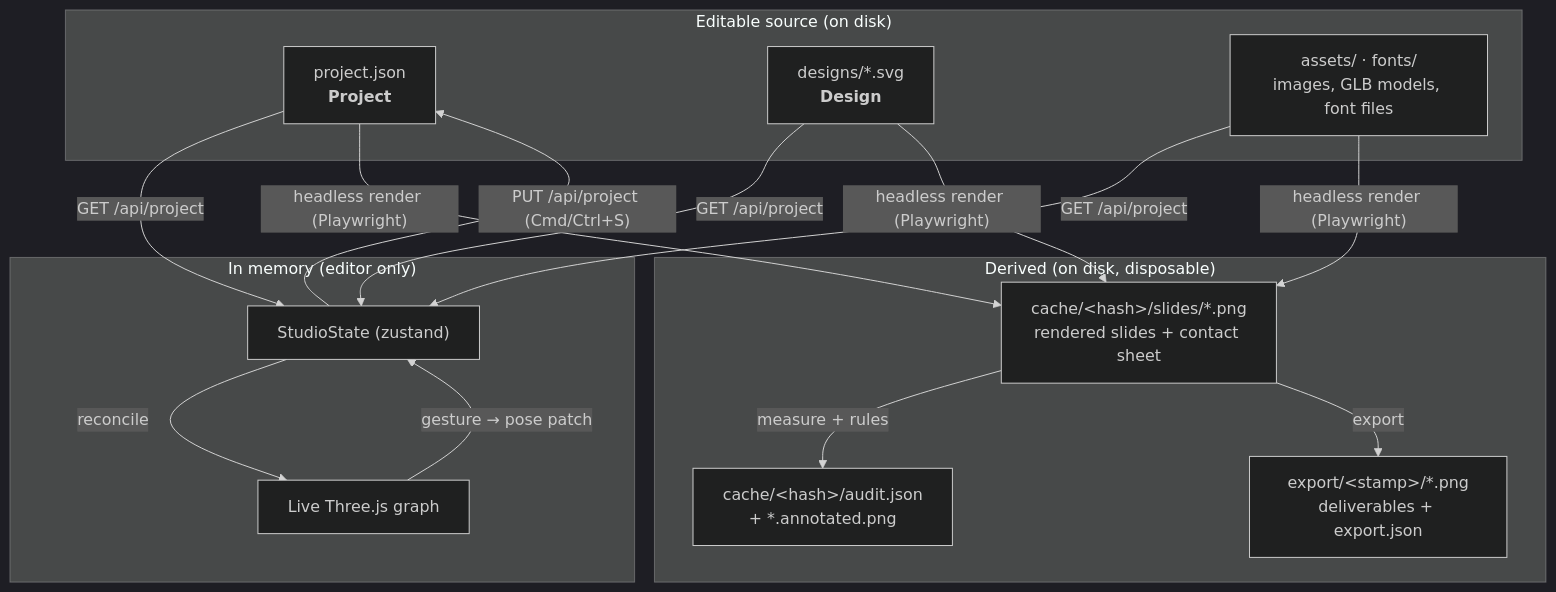
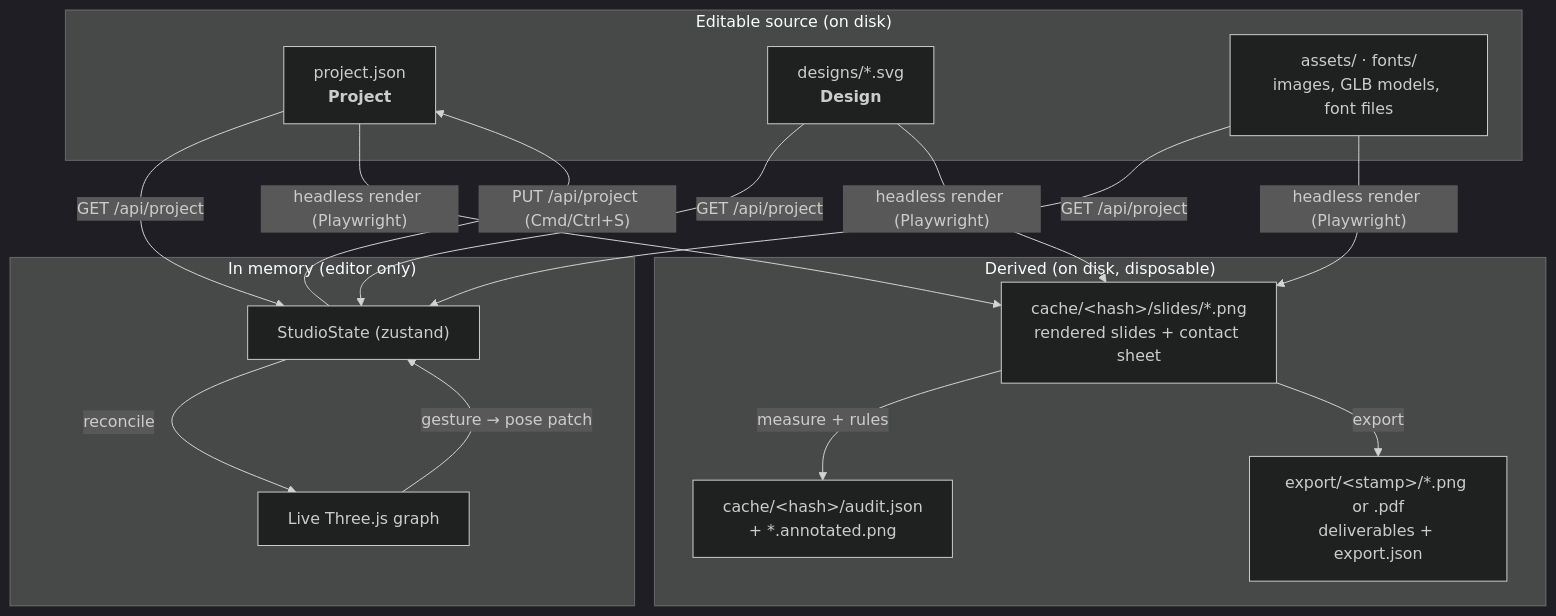
The first of 2 diagrams in docs/data-models.md (AvikArefin/xds), drawn with Mermaid (dark theme) before and after one commit. The commit also changed other lines of this file and 20 other files, not shown here.

First line of the commit message:
Export: the deck as one PDF, a page per slide

````diff
--- a/docs/data-models.md
+++ b/docs/data-models.md
@@ -21,27 +21,27 @@
 ```mermaid
 flowchart TB
   subgraph Source["Editable source (on disk)"]
     PJ["project.json<br/><b>Project</b>"]
     DS["designs/*.svg<br/><b>Design</b>"]
     AS["assets/ · fonts/<br/>images, GLB models, font files"]
   end
 
   subgraph Derived["Derived (on disk, disposable)"]
     RN["cache/&lt;hash&gt;/slides/*.png<br/>rendered slides + contact sheet"]
     AU["cache/&lt;hash&gt;/audit.json<br/>+ *.annotated.png"]
-    EX["export/&lt;stamp&gt;/*.png<br/>deliverables + export.json"]
+    EX["export/&lt;stamp&gt;/*.png or .pdf<br/>deliverables + export.json"]
   end
 
   subgraph Memory["In memory (editor only)"]
     ST["StudioState (zustand)"]
     R3F["Live Three.js graph"]
   end
 
   PJ & DS & AS -->|"GET /api/project"| ST
   ST -->|"reconcile"| R3F
   R3F -->|"gesture → pose patch"| ST
   ST -->|"PUT /api/project (Cmd/Ctrl+S)"| PJ
   PJ & DS & AS -->|"headless render (Playwright)"| RN
   RN -->|"measure + rules"| AU
   RN -->|"export"| EX
 ```
````
